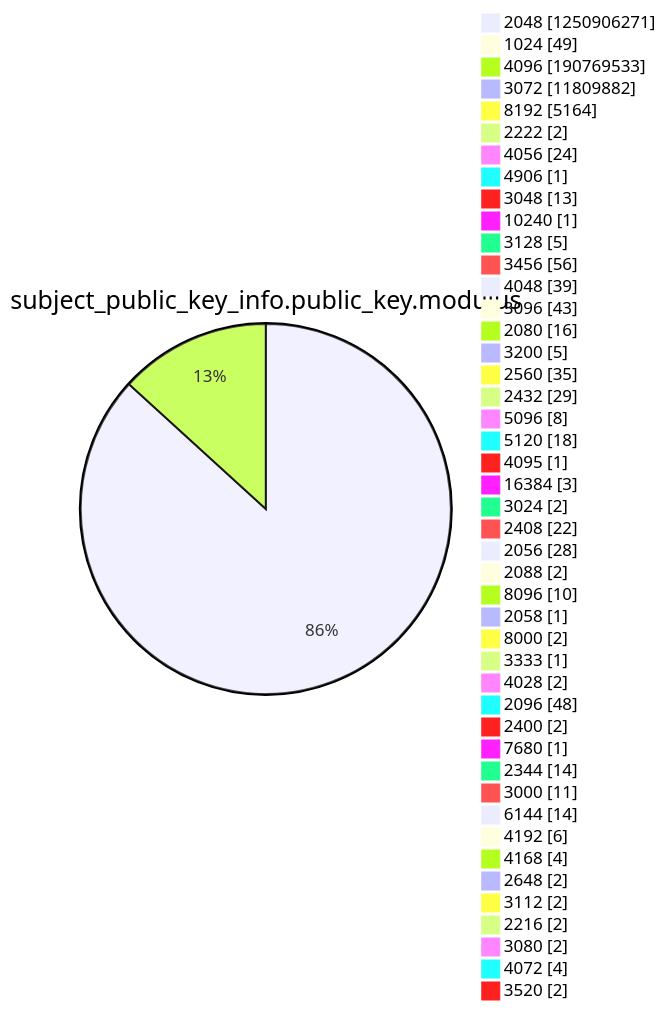
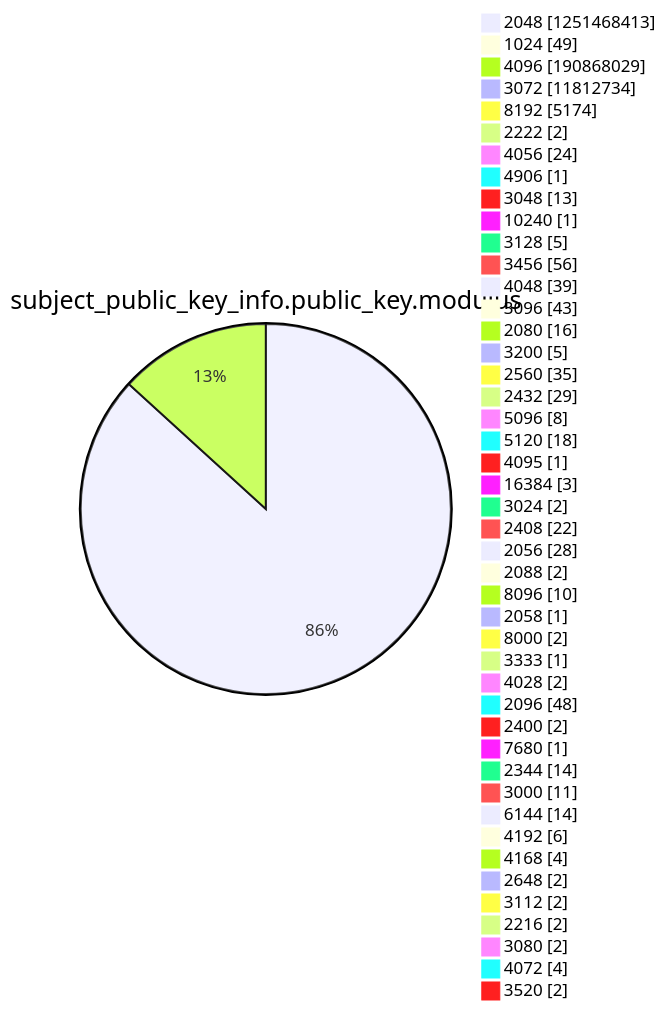
Before and after one commit to christiankrug/ctmonitor_visualization: diagram 13 of 15 in xenon2022/README.md, drawn with Mermaid. The commit also changed other lines of this file, not shown here.

````diff
--- a/xenon2022/README.md
+++ b/xenon2022/README.md
@@ -3919,49 +3919,49 @@
 ```mermaid
 pie showData
 title subject_public_key_info.public_key.modulus
-"2048" :1250906271
+"2048" :1251468413
 "1024" :49
-"4096" :190769533
-"3072" :11809882
-"8192" :5164
+"4096" :190868029
+"3072" :11812734
+"8192" :5174
 "2222" :2
 "4056" :24
 "4906" :1
 "3048" :13
 "10240" :1
 "3128" :5
 "3456" :56
 "4048" :39
 "3096" :43
 "2080" :16
 "3200" :5
 "2560" :35
 "2432" :29
 "5096" :8
 "5120" :18
 "4095" :1
 "16384" :3
 "3024" :2
 "2408" :22
 "2056" :28
 "2088" :2
 "8096" :10
 "2058" :1
 "8000" :2
 "3333" :1
 "4028" :2
 "2096" :48
 "2400" :2
 "7680" :1
 "2344" :14
 "3000" :11
 "6144" :14
 "4192" :6
 "4168" :4
 "2648" :2
 "3112" :2
 "2216" :2
 "3080" :2
 "4072" :4
 "3520" :2
 ```
````
